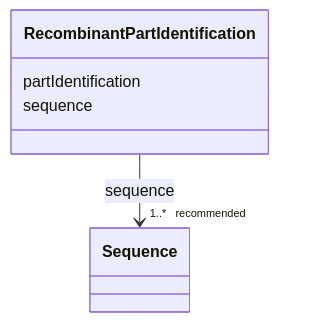
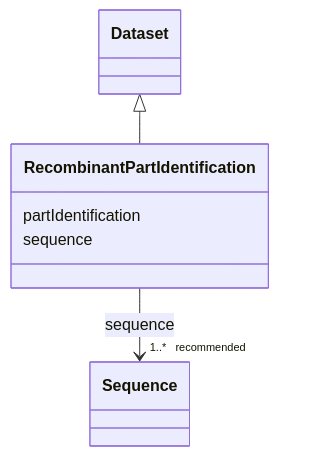
The diagram in models/docs/RecombinantPartIdentification.md (EVORA-project/evora-ontology), drawn with Mermaid before and after one commit. The commit also changed other lines of this file and 163 other files, not shown here.

````diff
--- a/models/docs/RecombinantPartIdentification.md
+++ b/models/docs/RecombinantPartIdentification.md
@@ -19,17 +19,20 @@
 ```mermaid
  classDiagram
     class RecombinantPartIdentification
     click RecombinantPartIdentification href "../RecombinantPartIdentification"
+      Dataset <|-- RecombinantPartIdentification
+        click Dataset href "../Dataset"
+      
       RecombinantPartIdentification : partIdentification
         
       RecombinantPartIdentification : sequence
         
           
     
     
     RecombinantPartIdentification --> "1..* _recommended_" Sequence : sequence
     click Sequence href "../Sequence"
 
         
       
 ```
````
